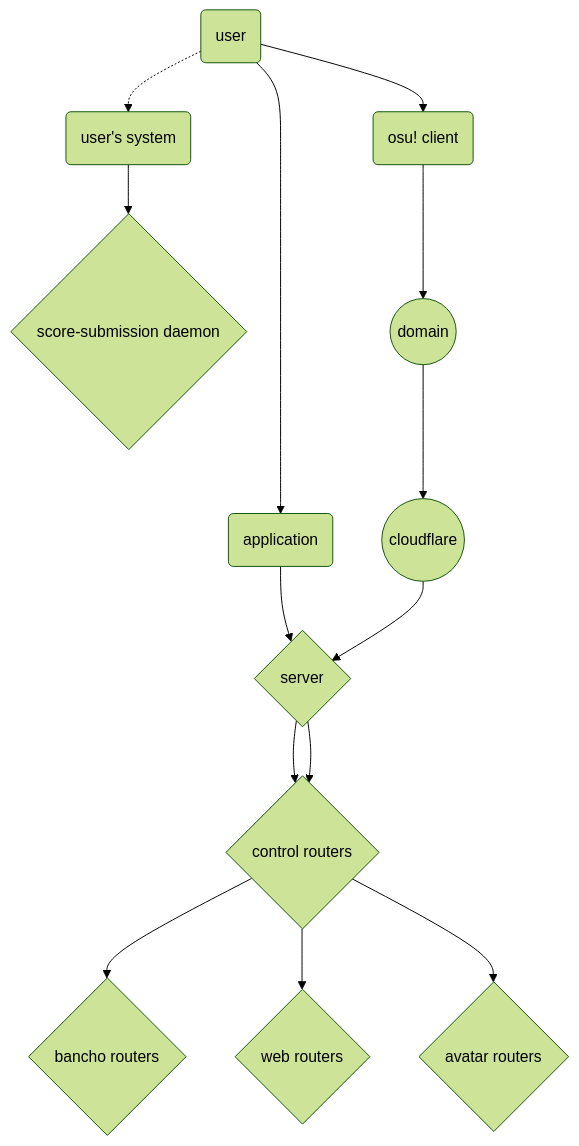
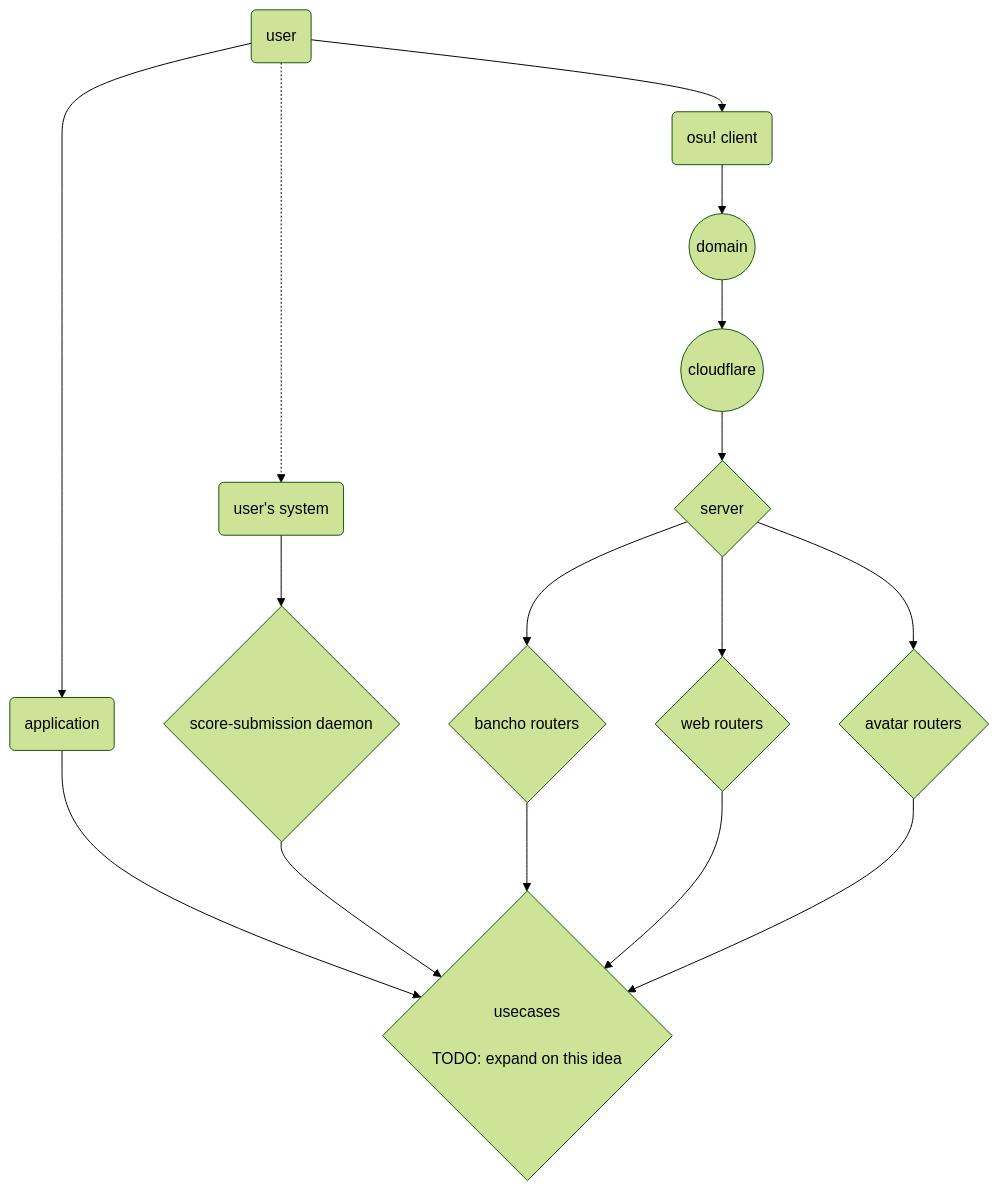
One commit to jeevanjohnson/local-osu-server changed the diagram in README.md. Above: the diagram before and after it, drawn with Mermaid (forest theme).

Commit message:
Changed up design

````diff
--- a/README.md
+++ b/README.md
@@ -8,27 +8,27 @@
 ```mermaid
 flowchart TB
 USER(user)
 USER_SYSTEM(user's system)
 APPLICATION(application)
 OSU_CLIENT(osu! client)
 BANCHO_ROUTERS{bancho routers}
 WEB_ROUTERS{web routers}
 AVATAR_ROUTERS{avatar routers}
-CONTROL_POINT{control routers}
 SERVER{server}
 SCORE_SUBMISSION_DAEMON{score-submission daemon}
 DOMAIN((domain))
 CLOUD_FLARE((cloudflare))
+USECASES{usecases\n\nTODO: expand on this idea}
 
 %% =================================
 USER -.-> USER_SYSTEM
 
-USER --> APPLICATION --> SERVER --> CONTROL_POINT
-USER_SYSTEM --> SCORE_SUBMISSION_DAEMON
+USER --> APPLICATION --> USECASES
+USER_SYSTEM --> SCORE_SUBMISSION_DAEMON --> USECASES
 
-USER --> OSU_CLIENT --> DOMAIN --> CLOUD_FLARE  --> SERVER --> CONTROL_POINT
+USER --> OSU_CLIENT --> DOMAIN --> CLOUD_FLARE  --> SERVER
 
-CONTROL_POINT --> BANCHO_ROUTERS
-CONTROL_POINT --> WEB_ROUTERS
-CONTROL_POINT --> AVATAR_ROUTERS
+SERVER --> BANCHO_ROUTERS --> USECASES
+SERVER --> WEB_ROUTERS --> USECASES
+SERVER --> AVATAR_ROUTERS --> USECASES
 ```
````
